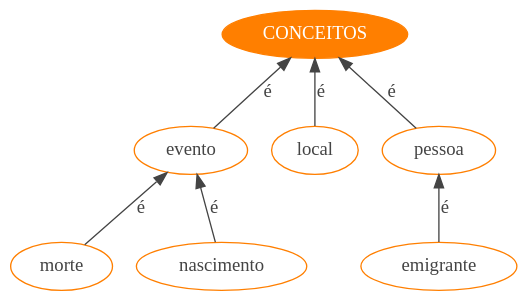
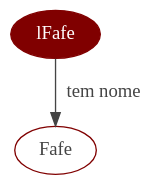
One commit to MiguelCosta/EngenhariaDeLinguagens changed the diagram in EG/ExerciciosParaAvaliacao/Ex5/WebSite/x.gv. Above: the diagram before and after it, drawn with Graphviz. The commit also changed 42 other files, not shown here.

```diff
--- a/EG/ExerciciosParaAvaliacao/Ex5/WebSite/x.gv
+++ b/EG/ExerciciosParaAvaliacao/Ex5/WebSite/x.gv
@@ -1,21 +1,10 @@
 
 digraph mainmap {
-	graph [bgcolor=transparent];
-	rankdir = BT;
-  CONCEITOS [URL="conceitos.php",
-		color = darkorange1,
+graph [bgcolor=transparent];
+"lFafe" [URL="instancia.php?instancia=lFafe", 
+		color ="#800000",
 		fontcolor = white,
 		style = filled,];
-"evento" [color="darkorange1", fontcolor="#444444",URL="conceito.php?conceito=evento"];
-"evento" -> CONCEITOS [label=é, color="#444444", fontcolor="#444444"];
-"morte" [color="darkorange1", fontcolor="#444444",URL="conceito.php?conceito=morte"];
-"morte" -> "evento"[label=é, color="#444444", fontcolor="#444444"];
-"nascimento" [color="darkorange1", fontcolor="#444444",URL="conceito.php?conceito=nascimento"];
-"nascimento" -> "evento"[label=é, color="#444444", fontcolor="#444444"];
-"local" [color="darkorange1", fontcolor="#444444",URL="conceito.php?conceito=local"];
-"local" -> CONCEITOS [label=é, color="#444444", fontcolor="#444444"];
-"pessoa" [color="darkorange1", fontcolor="#444444",URL="conceito.php?conceito=pessoa"];
-"pessoa" -> CONCEITOS [label=é, color="#444444", fontcolor="#444444"];
-"emigrante" [color="darkorange1", fontcolor="#444444",URL="conceito.php?conceito=emigrante"];
-"emigrante" -> "pessoa"[label=é, color="#444444", fontcolor="#444444"];
+"Fafe" [color="#800000", fontcolor="#444444"];
+"lFafe" -> "Fafe"[label="tem nome", color="#444444", fontcolor="#444444"];
 }
```
